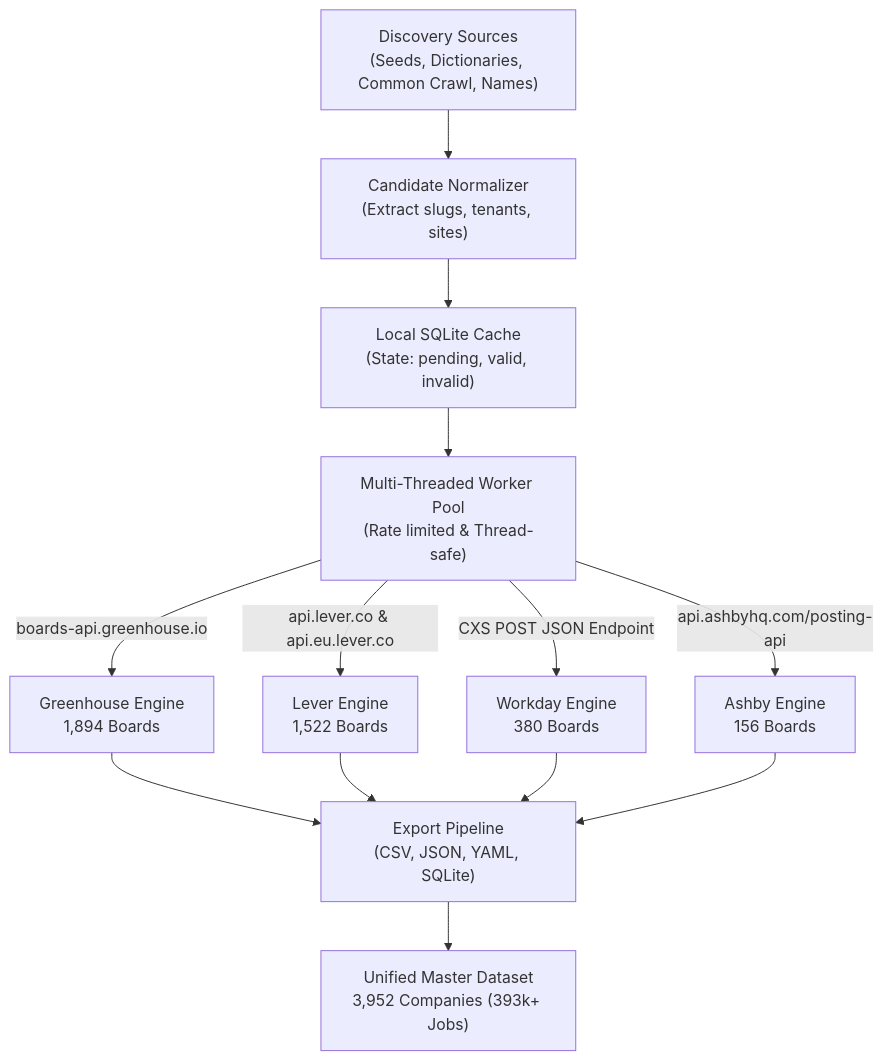
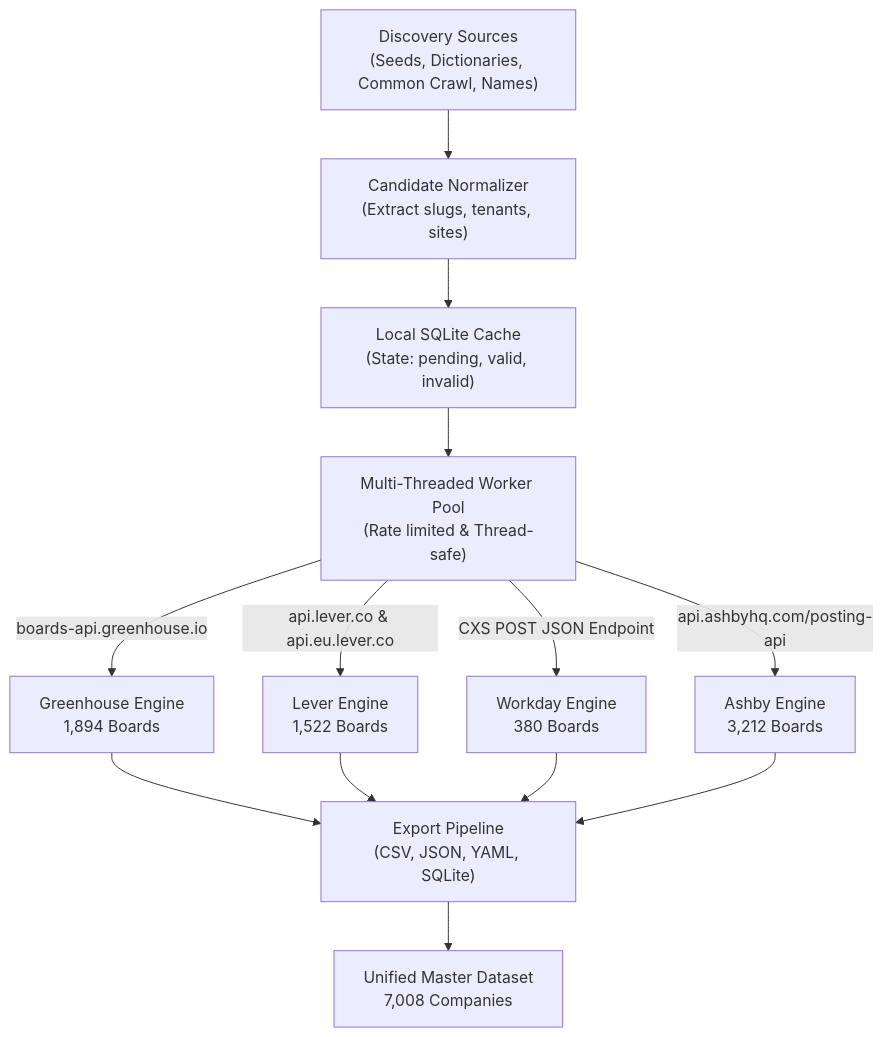
The diagram in README.md (harshdotcom/Applyfox), drawn with Mermaid before and after one commit. The commit also changed other lines of this file and 8 other files, not shown here.

First line of the commit message:
feat(ashby): ingest final 3,212 Ashby companies and expand master dataset to 7,008 boards

````diff
--- a/README.md
+++ b/README.md
@@ -176,14 +177,15 @@
 ```mermaid
 flowchart TD
     A["Discovery Sources<br/>(Seeds, Dictionaries, Common Crawl, Names)"] --> B["Candidate Normalizer<br/>(Extract slugs, tenants, sites)"]
     B --> C["Local SQLite Cache<br/>(State: pending, valid, invalid)"]
-    C --> D["Multi-Threaded Worker Pool<br/>(Rate limited & Thread-safe)"]
+    D["Multi-Threaded Worker Pool<br/>(Rate limited & Thread-safe)"]
+    C --> D
 
     D -->|"boards-api.greenhouse.io"| E["Greenhouse Engine<br/>1,894 Boards"]
     D -->|"api.lever.co & api.eu.lever.co"| F["Lever Engine<br/>1,522 Boards"]
     D -->|"CXS POST JSON Endpoint"| G["Workday Engine<br/>380 Boards"]
-    D -->|"api.ashbyhq.com/posting-api"| H["Ashby Engine<br/>156 Boards"]
+    D -->|"api.ashbyhq.com/posting-api"| H["Ashby Engine<br/>3,212 Boards"]
 
     E & F & G & H --> I["Export Pipeline<br/>(CSV, JSON, YAML, SQLite)"]
-    I --> J["Unified Master Dataset<br/>3,952 Companies (393k+ Jobs)"]
+    I --> J["Unified Master Dataset<br/>7,008 Companies"]
 ```
````
